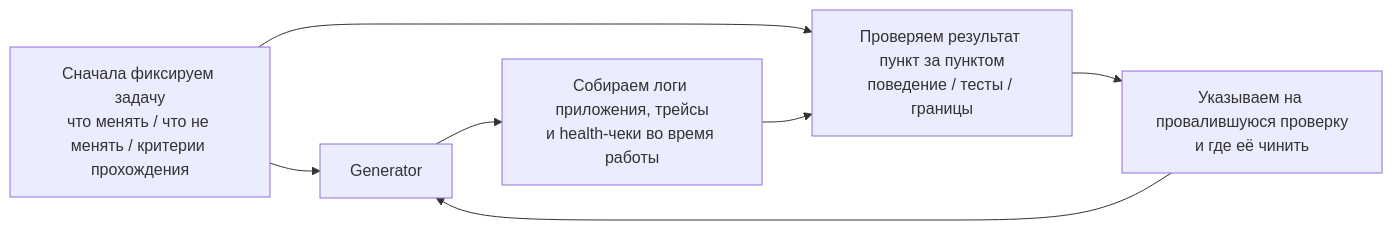
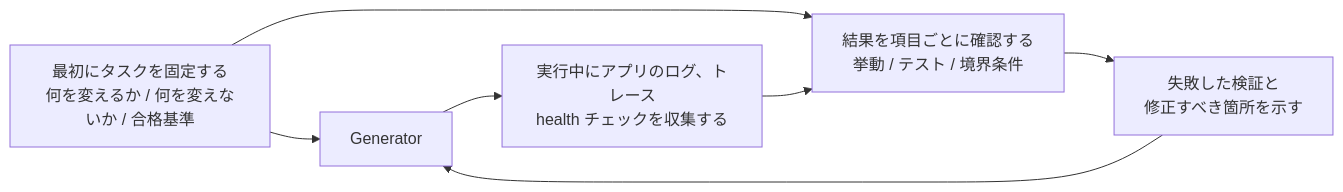
The diagram in docs/ru/lectures/lecture-11-why-observability-belongs-inside-the-harness/index.md (mkusaka/learn-harness-engineering), drawn with Mermaid before and after one commit. The commit also changed other lines of this file and 571 other files, not shown here.

````diff
--- a/docs/ru/lectures/lecture-11-why-observability-belongs-inside-the-harness/index.md
+++ b/docs/ru/lectures/lecture-11-why-observability-belongs-inside-the-harness/index.md
@@ -25,9 +25,9 @@
 ```mermaid
 flowchart LR
-    Contract["Сначала фиксируем задачу<br/>что менять / что не менять / критерии прохождения"] --> Generator["Generator"]
-    Generator --> Signals["Собираем логи приложения, трейсы<br/>и health-чеки во время работы"]
-    Contract --> Review["Проверяем результат пункт за пунктом<br/>поведение / тесты / границы"]
+    Contract["最初にタスクを固定する<br/>何を変えるか / 何を変えないか / 合格基準"] --> Generator["Generator"]
+    Generator --> Signals["実行中にアプリのログ、トレース<br/>health チェックを収集する"]
+    Contract --> Review["結果を項目ごとに確認する<br/>挙動 / テスト / 境界条件"]
     Signals --> Review
-    Review --> Verdict["Указываем на провалившуюся проверку<br/>и где её чинить"]
+    Review --> Verdict["失敗した検証と<br/>修正すべき箇所を示す"]
     Verdict --> Generator
 ```
````
